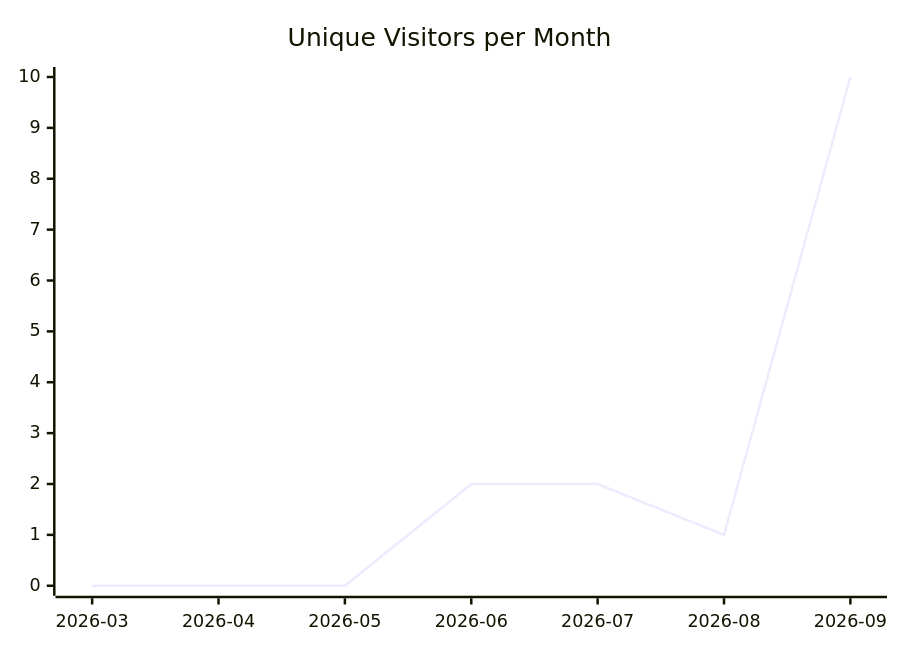
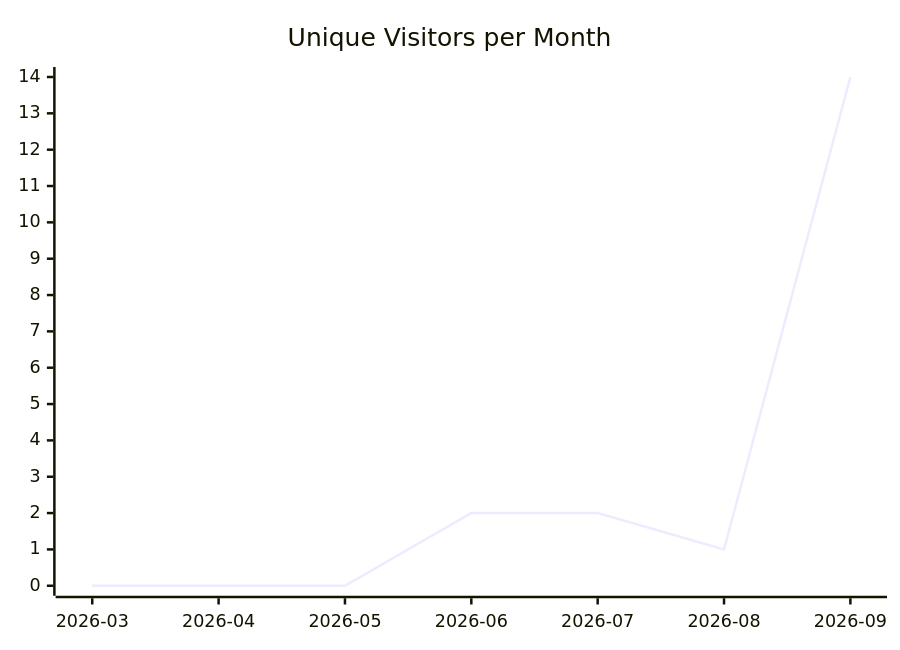
Before and after one commit to justdavis-family/github-analytics-data: the first of 3 diagrams in karlmdavis/dotfiles/README.md, drawn with Mermaid. The commit also changed other lines of this file and 200 other files, not shown here.

````diff
--- a/karlmdavis/dotfiles/README.md
+++ b/karlmdavis/dotfiles/README.md
@@ -5,6 +5,6 @@
 ```mermaid
 xychart-beta
   title "Unique Visitors per Month"
   x-axis ["2026-03", "2026-04", "2026-05", "2026-06", "2026-07", "2026-08", "2026-09"]
-  line [0, 0, 0, 2, 2, 1, 10]
+  line [0, 0, 0, 2, 2, 1, 14]
 ```
````
